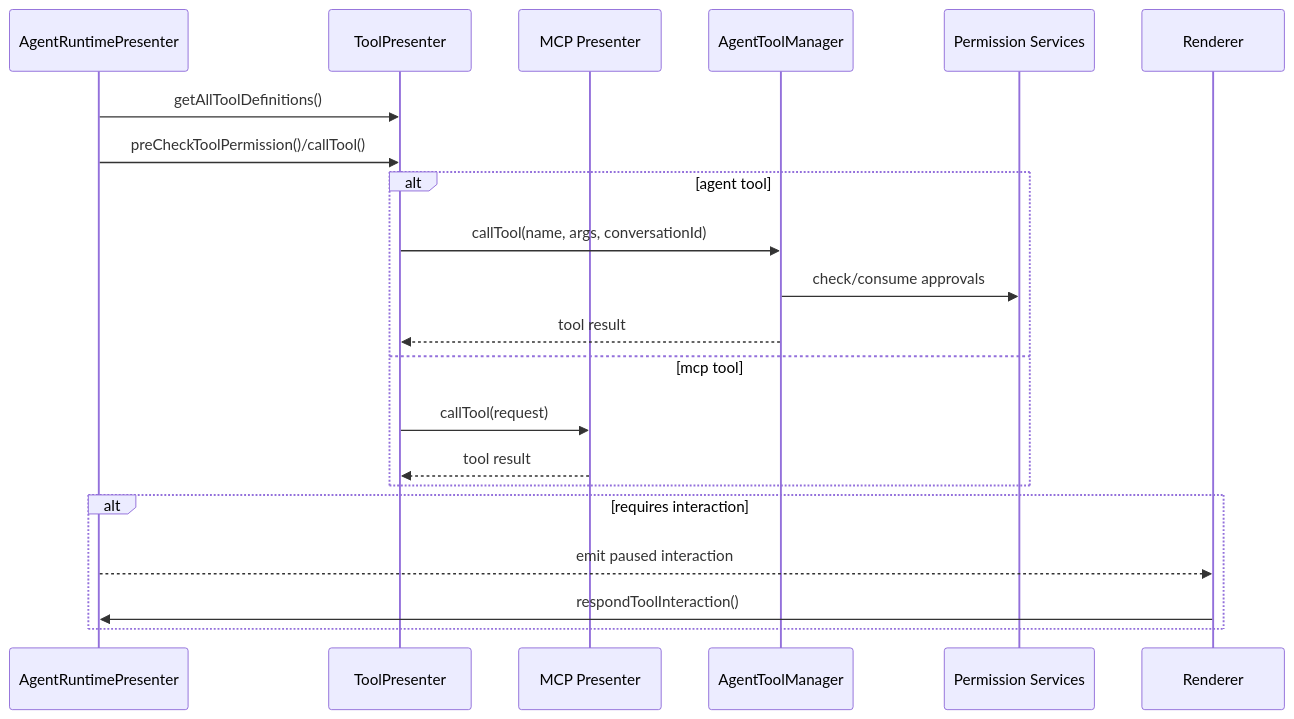
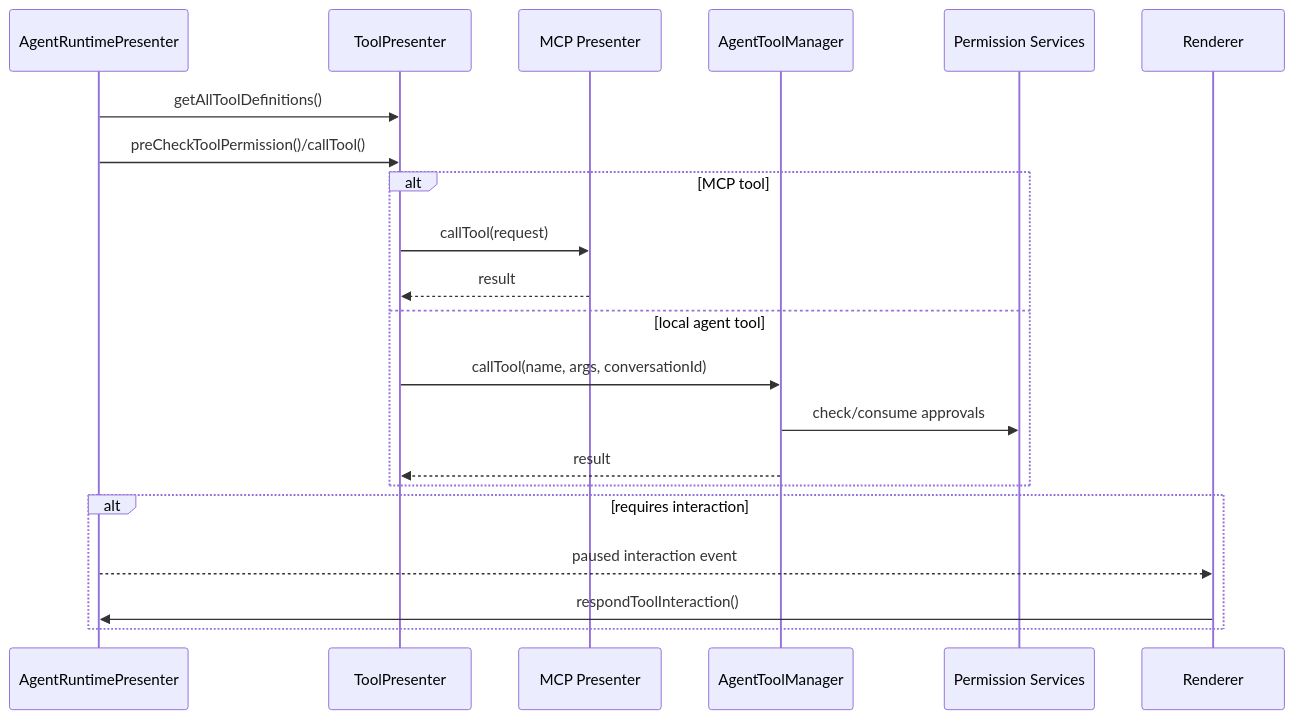
The third of 9 diagrams in docs/FLOWS.md (ThinkInAIXYZ/deepchat), drawn with Mermaid before and after one commit. The commit also changed other lines of this file and 426 other files, not shown here.

````diff
--- a/docs/FLOWS.md
+++ b/docs/FLOWS.md
@@ -58,26 +64,26 @@
 ```mermaid
 sequenceDiagram
     participant D as AgentRuntimePresenter
     participant T as ToolPresenter
     participant M as MCP Presenter
-    participant G as AgentToolManager
+    participant A as AgentToolManager
     participant P as Permission Services
     participant R as Renderer
 
     D->>T: getAllToolDefinitions()
     D->>T: preCheckToolPermission()/callTool()
 
-    alt agent tool
-        T->>G: callTool(name, args, conversationId)
-        G->>P: check/consume approvals
-        G-->>T: tool result
-    else mcp tool
+    alt MCP tool
         T->>M: callTool(request)
-        M-->>T: tool result
+        M-->>T: result
+    else local agent tool
+        T->>A: callTool(name, args, conversationId)
+        A->>P: check/consume approvals
+        A-->>T: result
     end
 
     alt requires interaction
-        D-->>R: emit paused interaction
+        D-->>R: paused interaction event
         R->>D: respondToolInteraction()
     end
 ```
````
